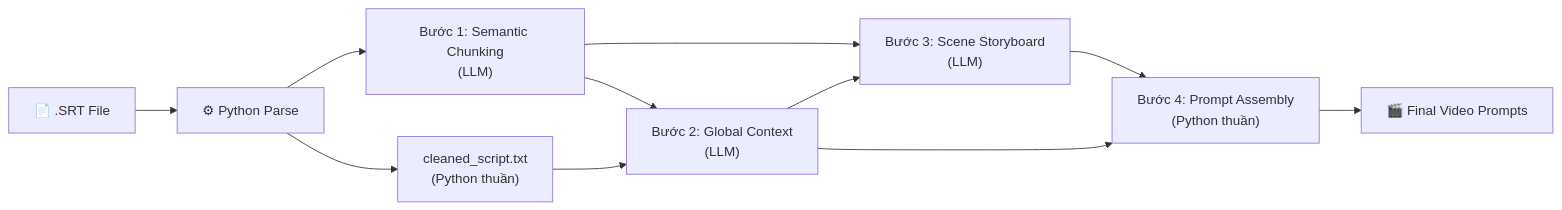
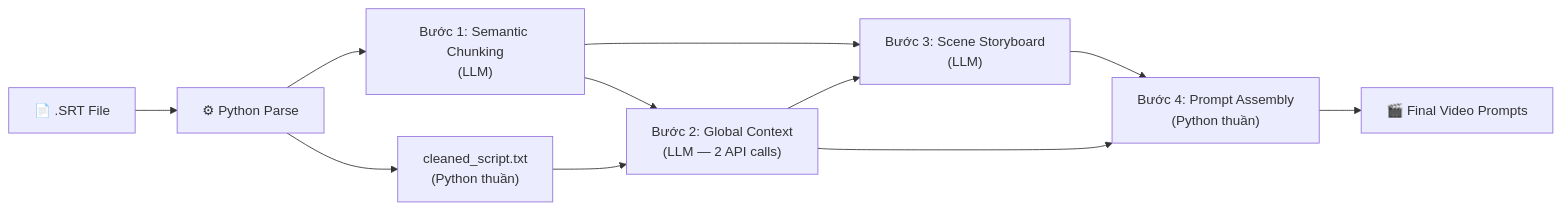
The diagram in brain/e09d1ff9-c14c-4880-a56d-4d3394fe9af0/implementation_plan.md (dangduynghia92-ops/Antigravity-Sync-chat), drawn with Mermaid before and after one commit. The commit also changed other lines of this file and 3 other files, not shown here.

````diff
--- a/brain/e09d1ff9-c14c-4880-a56d-4d3394fe9af0/implementation_plan.md
+++ b/brain/e09d1ff9-c14c-4880-a56d-4d3394fe9af0/implementation_plan.md
@@ -12,13 +12,13 @@
 ```mermaid
 graph LR
     SRT["📄 .SRT File"] --> P["⚙ Python Parse"]
     P --> S1["Bước 1: Semantic Chunking<br/>(LLM)"]
     P --> CLEAN["cleaned_script.txt<br/>(Python thuần)"]
-    S1 --> S2["Bước 2: Global Context<br/>(LLM)"]
+    S1 --> S2["Bước 2: Global Context<br/>(LLM — 2 API calls)"]
     CLEAN --> S2
     S1 --> S3["Bước 3: Scene Storyboard<br/>(LLM)"]
     S2 --> S3
     S3 --> S4["Bước 4: Prompt Assembly<br/>(Python thuần)"]
     S2 --> S4
     S4 --> OUT["🎬 Final Video Prompts"]
 ```
````
